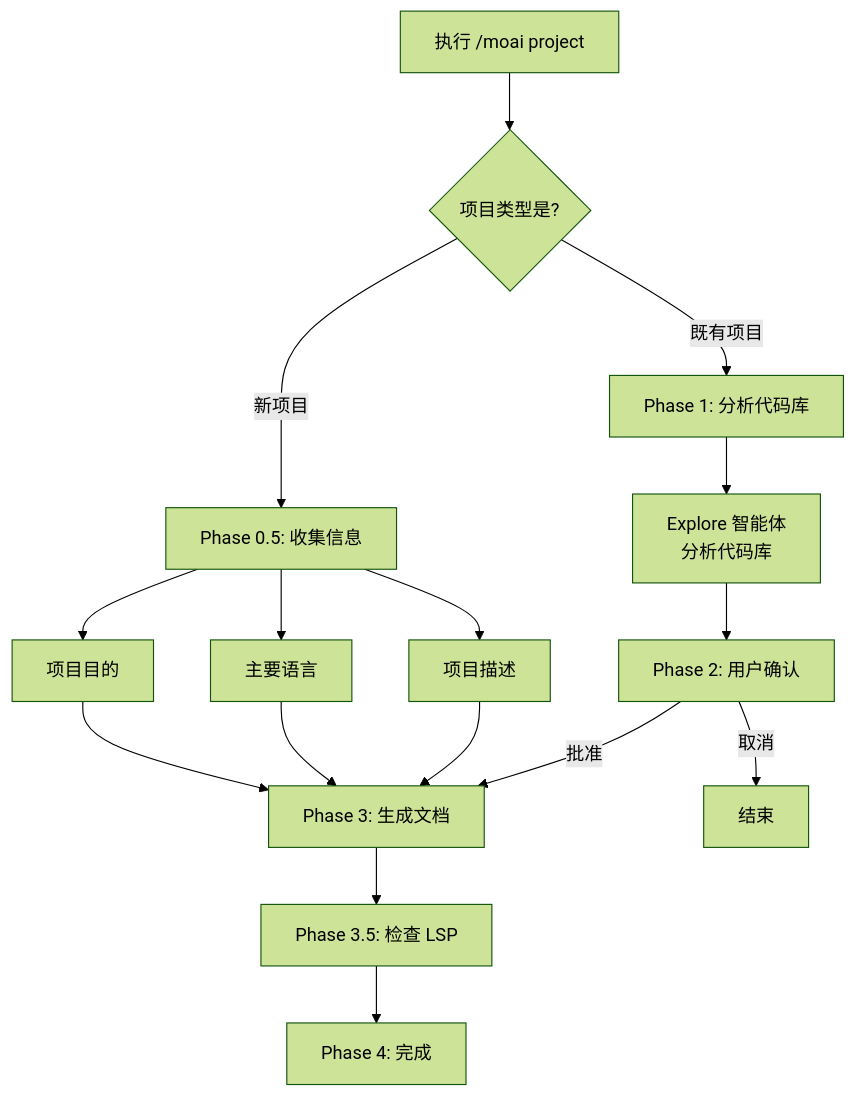
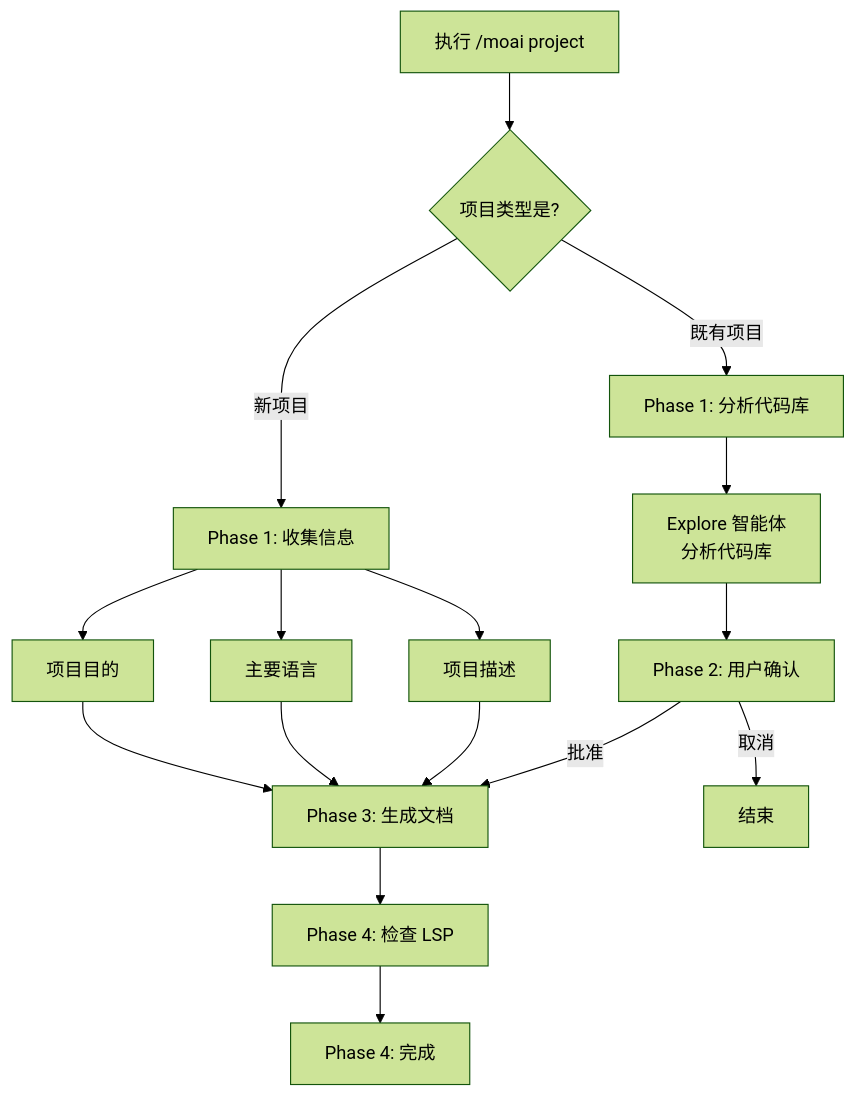
Before and after one commit to modu-ai/moai-adk: the first of 2 diagrams in docs-site/content/zh/workflow-commands/moai-project.md, drawn with Mermaid (forest theme). The commit also changed other lines of this file and 190 other files, not shown here.

````diff
--- a/docs-site/content/zh/workflow-commands/moai-project.md
+++ b/docs-site/content/zh/workflow-commands/moai-project.md
@@ -97,24 +97,24 @@
 ```mermaid
 flowchart TD
     Start["执行 /moai project"] --> Q1{项目类型是?}
 
-    Q1 -->|新项目| New["Phase 0.5: 收集信息"]
+    Q1 -->|新项目| New["Phase 1: 收集信息"]
     Q1 -->|既有项目| Exist["Phase 1: 分析代码库"]
 
     New --> NewQ["项目目的"]
     New --> NewL["主要语言"]
     New --> NewD["项目描述"]
 
     NewQ --> Gen["Phase 3: 生成文档"]
     NewL --> Gen
     NewD --> Gen
 
     Exist --> Exp["Explore 智能体<br/>分析代码库"]
     Exp --> Conf["Phase 2: 用户确认"]
 
     Conf -->|批准| Gen
     Conf -->|取消| End["结束"]
 
-    Gen --> LSP["Phase 3.5: 检查 LSP"]
+    Gen --> LSP["Phase 4: 检查 LSP"]
     LSP --> Complete["Phase 4: 完成"]
 ```
````
